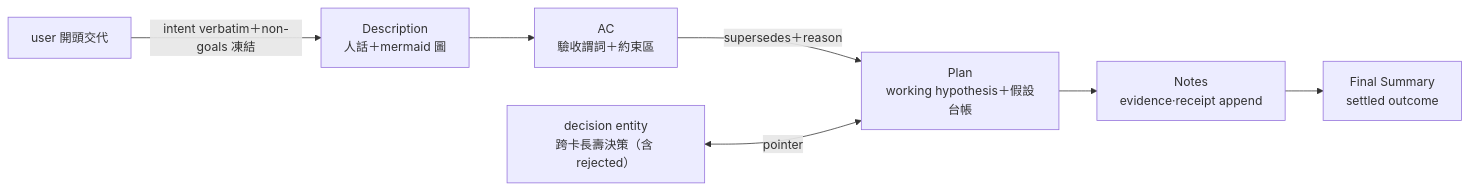
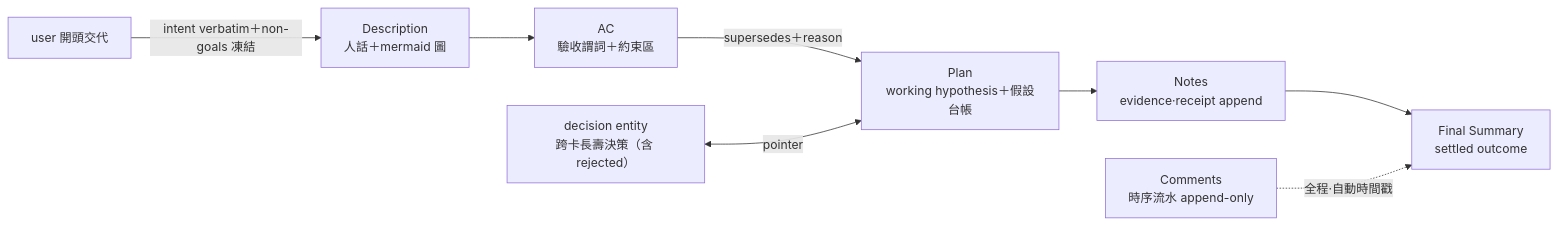
Before and after one commit to ChiahungTai/ai-guide: the diagram in backlog/tasks/air-135.2 - Card-first-planning-contract——EP-退場-dogfood＋Plan-consumer-遷移.md, drawn with Mermaid. The commit also changed other lines of this file, not shown here.

````diff
--- a/backlog/tasks/air-135.2 - Card-first-planning-contract——EP-退場-dogfood＋Plan-consumer-遷移.md
+++ b/backlog/tasks/air-135.2 - Card-first-planning-contract——EP-退場-dogfood＋Plan-consumer-遷移.md
@@ -35,9 +38,10 @@
 ```mermaid
 flowchart LR
   U["user 開頭交代"] -->|"intent verbatim＋non-goals 凍結"| DESC["Description<br/>人話＋mermaid 圖"]
   DESC --> AC["AC<br/>驗收謂詞＋約束區"]
   AC -->|"supersedes＋reason"| PLAN["Plan<br/>working hypothesis＋假設台帳"]
   PLAN --> NOTES["Notes<br/>evidence·receipt append"]
   NOTES --> FS["Final Summary<br/>settled outcome"]
   DEC["decision entity<br/>跨卡長壽決策（含 rejected）"] <-->|"pointer"| PLAN
+  CMT["Comments<br/>時序流水 append-only"] -.->|"全程·自動時間戳"| FS
 ```
````
